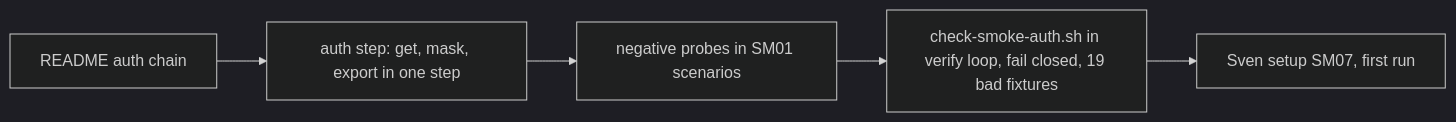
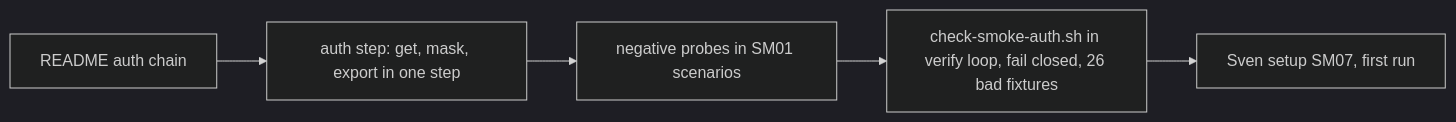
One commit to svennijhuis/agentic-workflows changed the second of 2 diagrams in docs/pbi/smoke/SM04.md. Above: the diagram before and after it, drawn with Mermaid (dark theme). The commit also changed other lines of this file and 5 other files, not shown here.

````diff
--- a/docs/pbi/smoke/SM04.md
+++ b/docs/pbi/smoke/SM04.md
@@ -122,7 +132,7 @@
 ```mermaid
 flowchart LR
   S1[README auth chain] --> S2[auth step: get, mask, export in one step]
   S2 --> S3[negative probes in SM01 scenarios]
-  S3 --> S4[check-smoke-auth.sh in verify loop, fail closed, 19 bad fixtures]
+  S3 --> S4[check-smoke-auth.sh in verify loop, fail closed, 26 bad fixtures]
   S4 --> S5[Sven setup SM07, first run]
 ```
````
